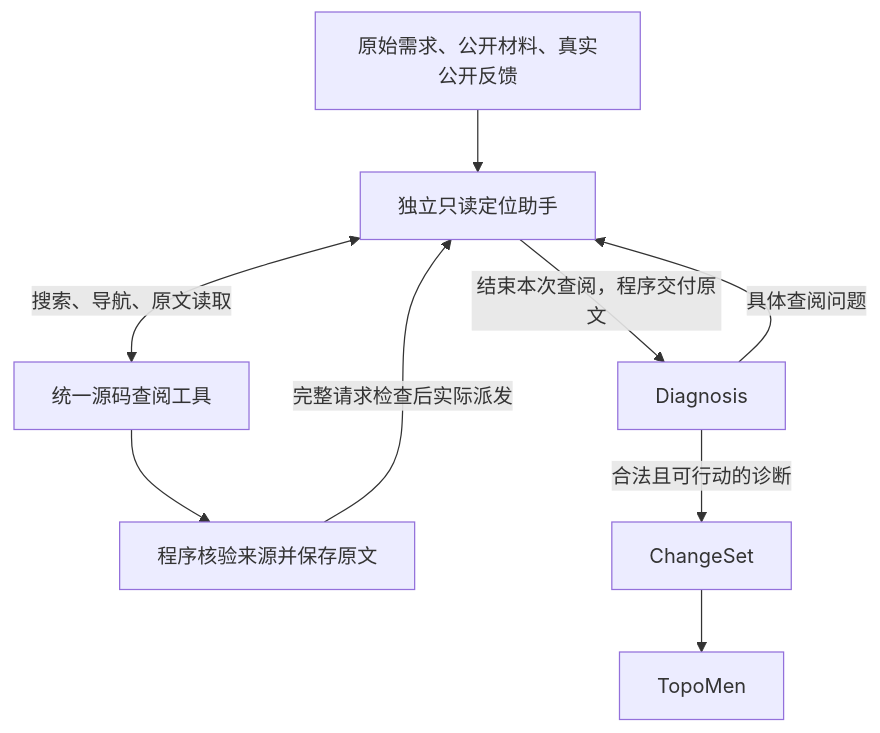
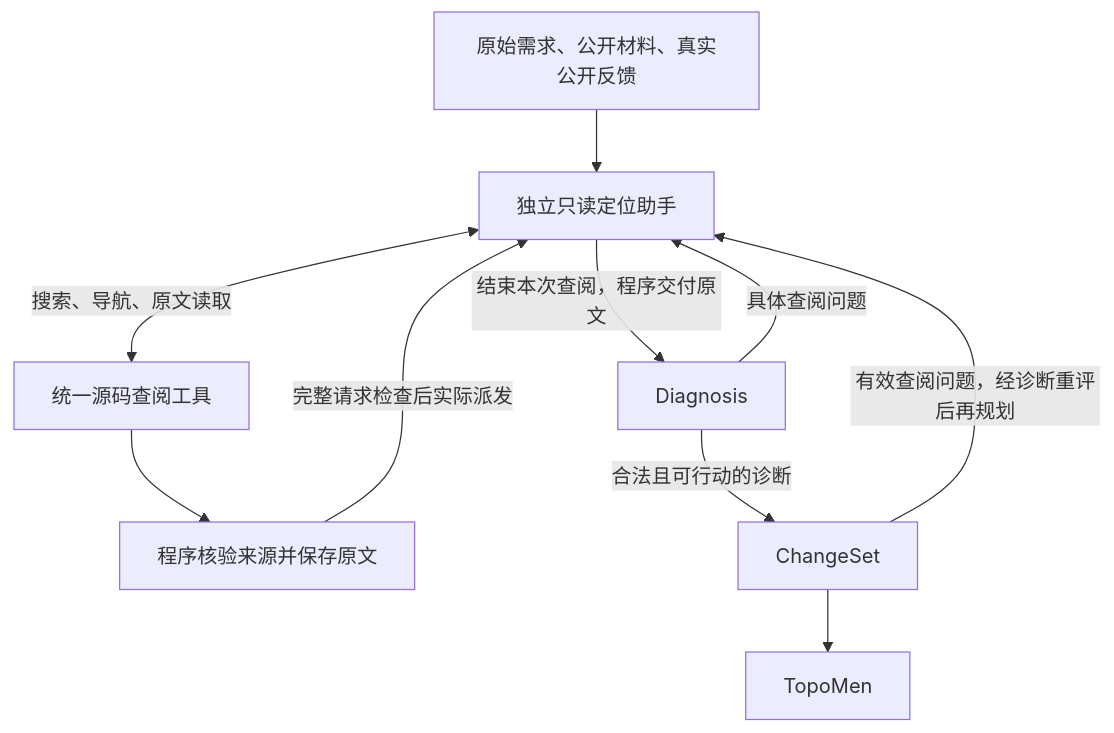
One commit to xuhhhhjie-pixel/contractedge changed the diagram in system/docs/implementation/20261105/FRONT_HALF_REDESIGN_IMPLEMENTATION_SPEC.md. Above: the diagram before and after it, drawn with Mermaid. The commit also changed other lines of this file and 1 other file, not shown here.

````diff
--- a/system/docs/implementation/20261105/FRONT_HALF_REDESIGN_IMPLEMENTATION_SPEC.md
+++ b/system/docs/implementation/20261105/FRONT_HALF_REDESIGN_IMPLEMENTATION_SPEC.md
@@ -59,11 +61,12 @@
 ```mermaid
 flowchart TD
     A[原始需求、公开材料、真实公开反馈] --> B[独立只读定位助手]
     B <-->|搜索、导航、原文读取| C[统一源码查阅工具]
     C --> D[程序核验来源并保存原文]
     D -->|完整请求检查后实际派发| B
     B -->|结束本次查阅，程序交付原文| E[Diagnosis]
     E -->|具体查阅问题| B
     E -->|合法且可行动的诊断| F[ChangeSet]
+    F -->|有效查阅问题，经诊断重评后再规划| B
     F --> G[TopoMen]
 ```
````
